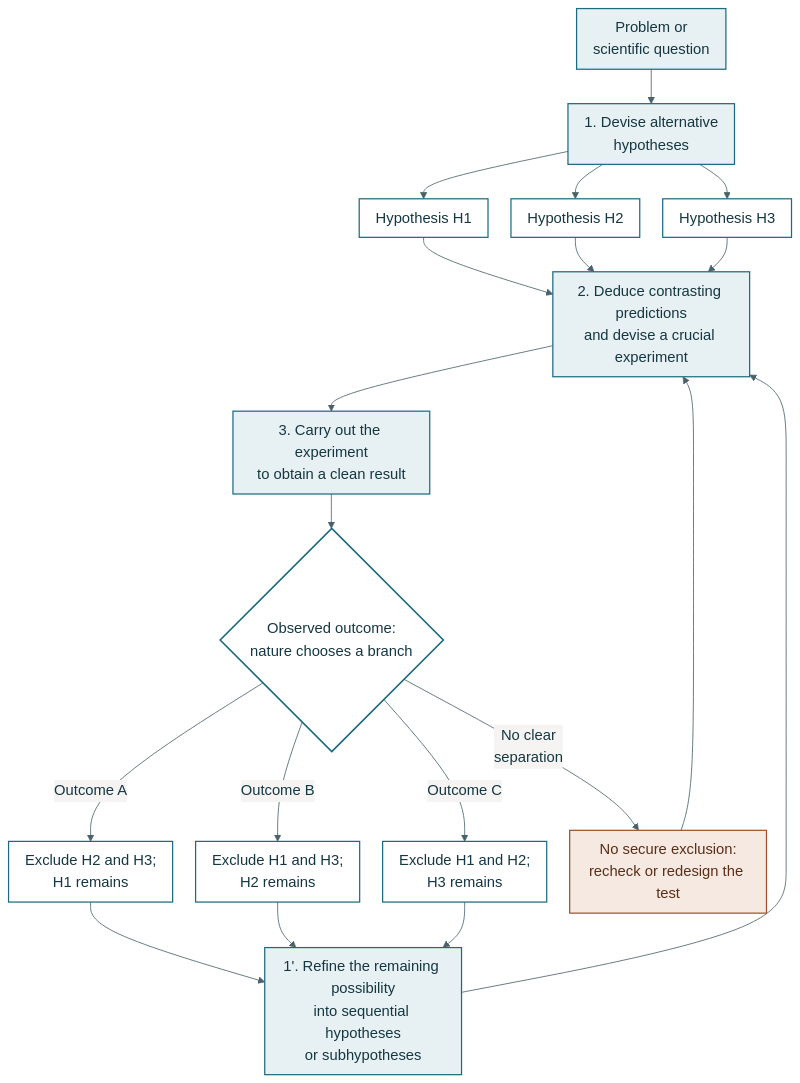
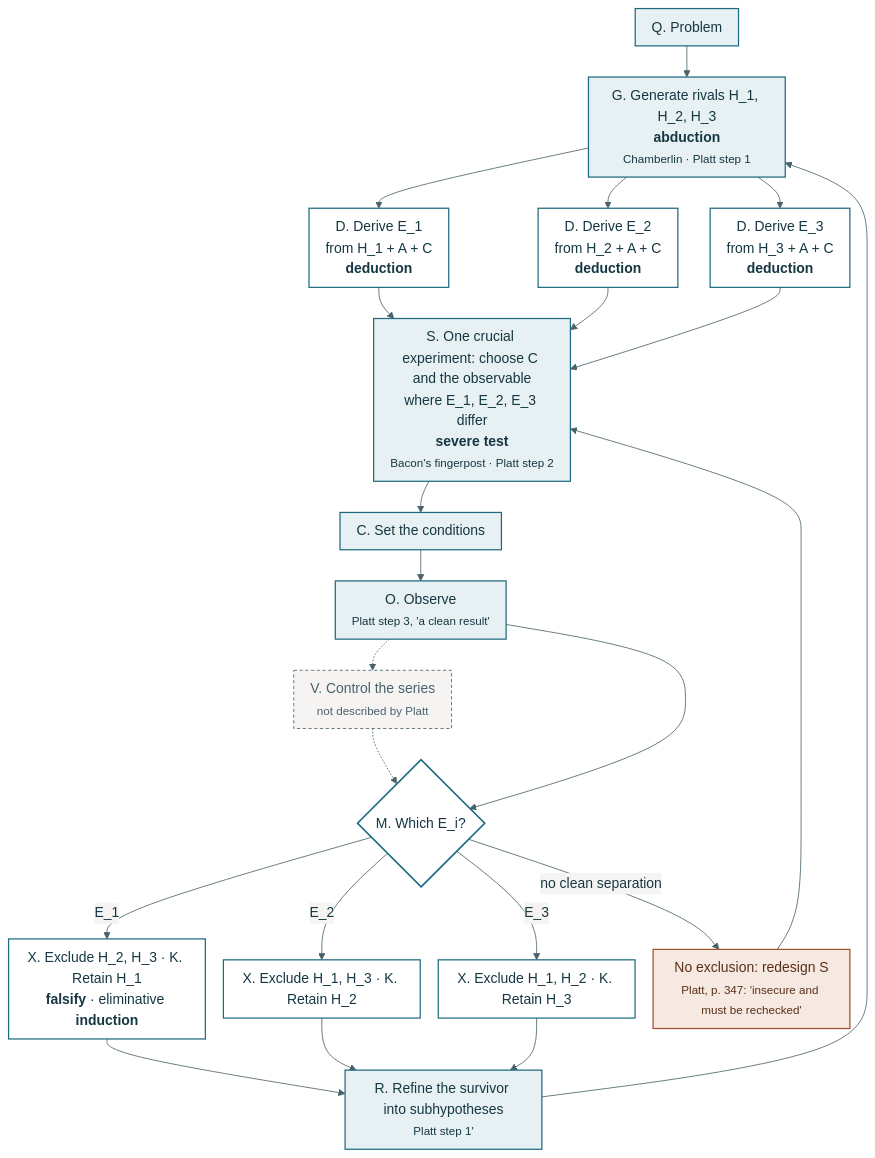
The diagram in sessions/01-scientific-method.qmd (Denolle-Lab/metascience-and-AI), drawn with Mermaid before and after one commit. The commit also changed other lines of this file and 18 other files, not shown here.

First line of the commit message:
Unit: composition of units, an agent skill file, Platt redrawn as a composition; meeting pages lose the minute schedule and gain an agent section

````diff
--- a/sessions/01-scientific-method.qmd
+++ b/sessions/01-scientific-method.qmd
@@ -48,34 +48,34 @@
 ```{mermaid}
 %%| label: fig-platt-loop
-%%| fig-cap: "Platt's strong inference as one path through the unit graph: generate several rivals, design a crucial experiment whose outcomes each exclude one, exclude, refine, repeat. The nodes are G, D, S, C, O, M, X, and R of the unit page; the loop never visits P."
-%%{init: {"theme": "base", "themeVariables": {"fontSize": "18px", "fontFamily": "Source Serif 4, Georgia, serif", "primaryColor": "#e7f0f2", "primaryBorderColor": "#1c6a7f", "primaryTextColor": "#153742", "lineColor": "#49616a", "secondaryColor": "#ffffff", "tertiaryColor": "#f5f4f2", "edgeLabelBackground": "#f5f4f2"}, "flowchart": {"htmlLabels": true, "nodeSpacing": 28, "rankSpacing": 42, "curve": "basis", "padding": 10}}}%%
+%%| fig-cap: "Platt's strong inference as a composition of units: three units share one crucial experiment. Each rival gets its own derivation D; one design S picks the observable on which E_1, E_2, and E_3 differ; a single C, O, and M serve all three; each outcome excludes two rivals and retains one; the survivor is refined at R and the cycle returns to G. Node V is drawn dashed because Platt's step 3, 'a clean result', stands where the control series would be and he does not describe it. Letters, tasks, and thinkers are those of the unit graph."
+%%{init: {"theme": "base", "themeVariables": {"fontSize": "17px", "fontFamily": "Source Serif 4, Georgia, serif", "primaryColor": "#e7f0f2", "primaryBorderColor": "#1c6a7f", "primaryTextColor": "#153742", "lineColor": "#49616a", "secondaryColor": "#ffffff", "tertiaryColor": "#f5f4f2", "edgeLabelBackground": "#f5f4f2"}, "flowchart": {"htmlLabels": true, "nodeSpacing": 22, "rankSpacing": 38, "curve": "basis", "padding": 10}}}%%
 flowchart TD
-    Q["Problem or<br/>scientific question"] --> A["1. Devise alternative<br/>hypotheses"]
-
-    A --> H1["Hypothesis H1"]
-    A --> H2["Hypothesis H2"]
-    A --> H3["Hypothesis H3"]
-
-    H1 & H2 & H3 --> P["2. Deduce contrasting predictions<br/>and devise a crucial experiment"]
-
-    P --> T["3. Carry out the experiment<br/>to obtain a clean result"]
-    T --> O{"Observed outcome:<br/>nature chooses a branch"}
-
-    O -- "Outcome A" --> OA["Exclude H2 and H3;<br/>H1 remains"]
-    O -- "Outcome B" --> OB["Exclude H1 and H3;<br/>H2 remains"]
-    O -- "Outcome C" --> OC["Exclude H1 and H2;<br/>H3 remains"]
-    O -- "No clear<br/>separation" --> NC["No secure exclusion:<br/>recheck or redesign the test"]
-
-    OA & OB & OC --> R["1'. Refine the remaining possibility<br/>into sequential hypotheses<br/>or subhypotheses"]
-    NC --> P
-    R --> P
+    Q["Q. Problem"] --> G["G. Generate rivals H_1, H_2, H_3<br/><b>abduction</b><br/><small>Chamberlin · Platt step 1</small>"]
+    G --> D1["D. Derive E_1<br/>from H_1 + A + C<br/><b>deduction</b>"]
+    G --> D2["D. Derive E_2<br/>from H_2 + A + C<br/><b>deduction</b>"]
+    G --> D3["D. Derive E_3<br/>from H_3 + A + C<br/><b>deduction</b>"]
+    D1 & D2 & D3 --> S["S. One crucial experiment: choose C and the observable<br/>where E_1, E_2, E_3 differ<br/><b>severe test</b><br/><small>Bacon's fingerpost · Platt step 2</small>"]
+    S --> C["C. Set the conditions"]
+    C --> O["O. Observe<br/><small>Platt step 3, 'a clean result'</small>"]
+    O -.-> V["V. Control the series<br/><small>not described by Platt</small>"]
+    V -.-> M
+    O --> M{"M. Which E_i?"}
+    M -- "E_1" --> R1["X. Exclude H_2, H_3 · K. Retain H_1<br/><b>falsify</b> · eliminative <b>induction</b>"]
+    M -- "E_2" --> R2["X. Exclude H_1, H_3 · K. Retain H_2"]
+    M -- "E_3" --> R3["X. Exclude H_1, H_2 · K. Retain H_3"]
+    M -- "no clean separation" --> NC["No exclusion: redesign S<br/><small>Platt, p. 347: 'insecure and must be rechecked'</small>"]
+    NC --> S
+    R1 & R2 & R3 --> R["R. Refine the survivor into subhypotheses<br/><small>Platt step 1'</small>"]
+    R --> G
 
     classDef step fill:#e7f0f2,stroke:#1c6a7f,stroke-width:1.5px,color:#153742;
-    classDef hyp fill:#ffffff,stroke:#1c6a7f,stroke-width:1.5px,color:#153742;
+    classDef unit fill:#ffffff,stroke:#1c6a7f,stroke-width:1.5px,color:#153742;
     classDef branch fill:#ffffff,stroke:#1c6a7f,stroke-width:2px,color:#153742;
-    classDef warn fill:#f6e9e2,stroke:#a1512b,stroke-width:1.5px,color:#5a2e17;
-    class Q,A,P,T,R step;
-    class H1,H2,H3,OA,OB,OC hyp;
-    class O branch;
-    class NC warn;
+    classDef escape fill:#f6e9e2,stroke:#a1512b,stroke-width:1.5px,color:#5a2e17;
+    classDef ghost fill:#f5f4f2,stroke:#49616a,stroke-width:1px,stroke-dasharray:4 3,color:#49616a;
+    class Q,G,S,C,O,R step;
+    class D1,D2,D3,R1,R2,R3 unit;
+    class M branch;
+    class NC escape;
+    class V ghost;
 ```
````
